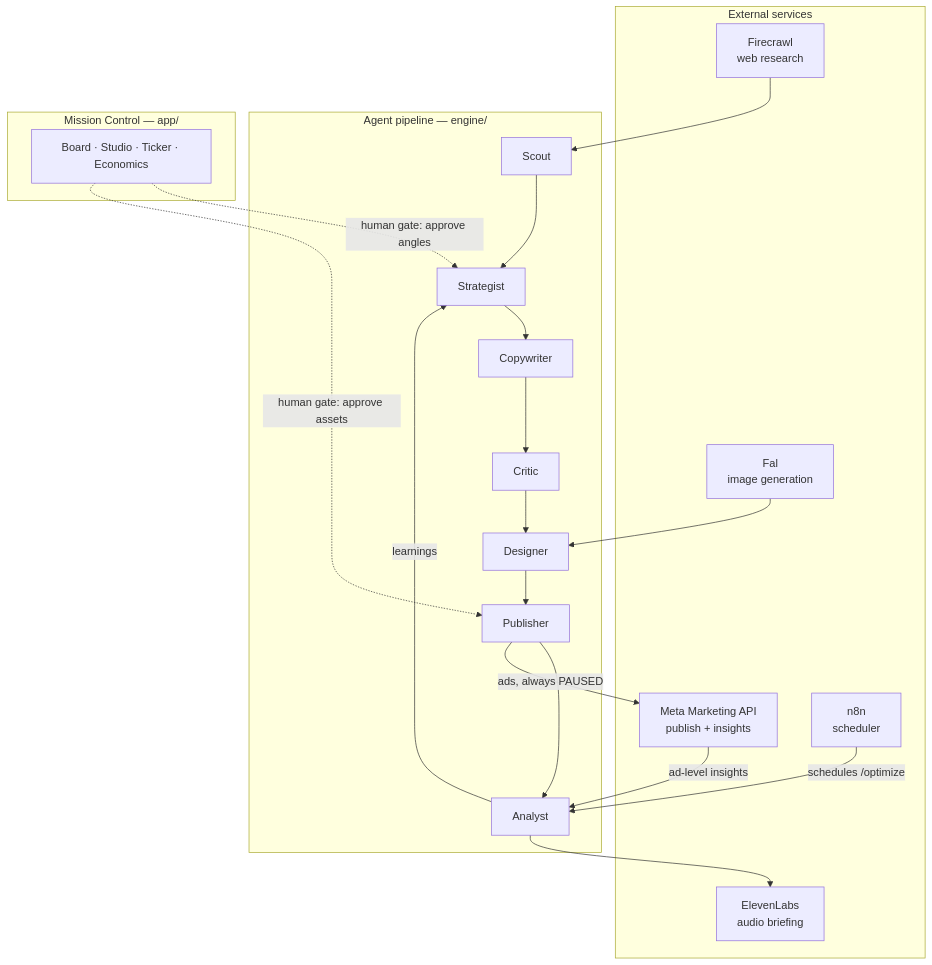
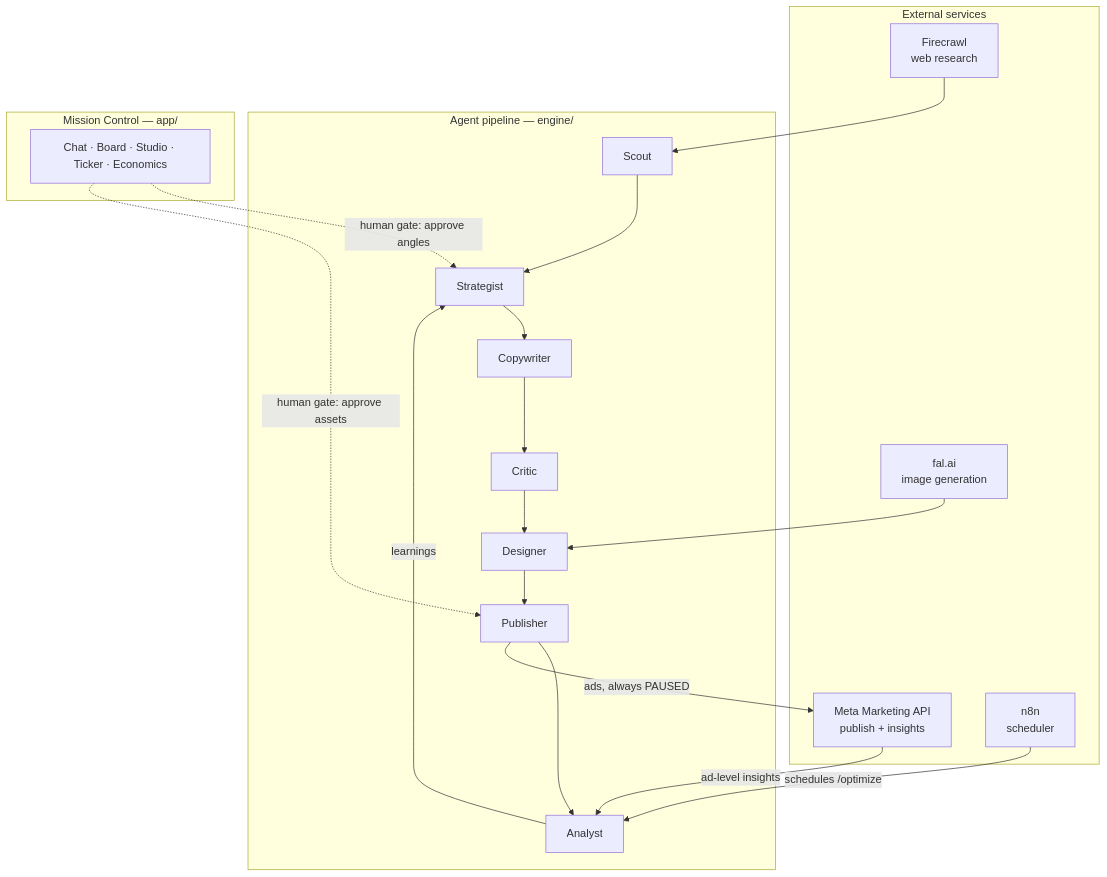
One commit to LinusAurel/adloop changed the diagram in README.md. Above: the diagram before and after it, drawn with Mermaid. The commit also changed other lines of this file and 1 other file, not shown here.

Commit message:
docs(readme): rewrite as public product doc with architecture, stack, and roadmap

````diff
--- a/README.md
+++ b/README.md
@@ -15,31 +17,29 @@
 ```mermaid
 flowchart TB
     subgraph ext [External services]
         FC[Firecrawl<br/>web research]
-        FAL[Fal<br/>image generation]
+        FAL[fal.ai<br/>image generation]
         META[Meta Marketing API<br/>publish + insights]
-        EL[ElevenLabs<br/>audio briefing]
         N8N[n8n<br/>scheduler]
     end
 
     subgraph eng [Agent pipeline — engine/]
         SC[Scout] --> STR[Strategist]
         STR --> CW[Copywriter] --> CRI[Critic] --> DES[Designer]
         DES --> PUB[Publisher] --> ANA[Analyst]
         ANA -- learnings --> STR
     end
 
     subgraph mc [Mission Control — app/]
-        UI[Board · Studio · Ticker · Economics]
+        UI[Chat · Board · Studio · Ticker · Economics]
     end
 
     FC --> SC
     FAL --> DES
     PUB -->|ads, always PAUSED| META
     META -->|ad-level insights| ANA
-    ANA --> EL
     N8N -->|schedules /optimize| ANA
 
     UI -.->|human gate: approve angles| STR
     UI -.->|human gate: approve assets| PUB
 ```
````
